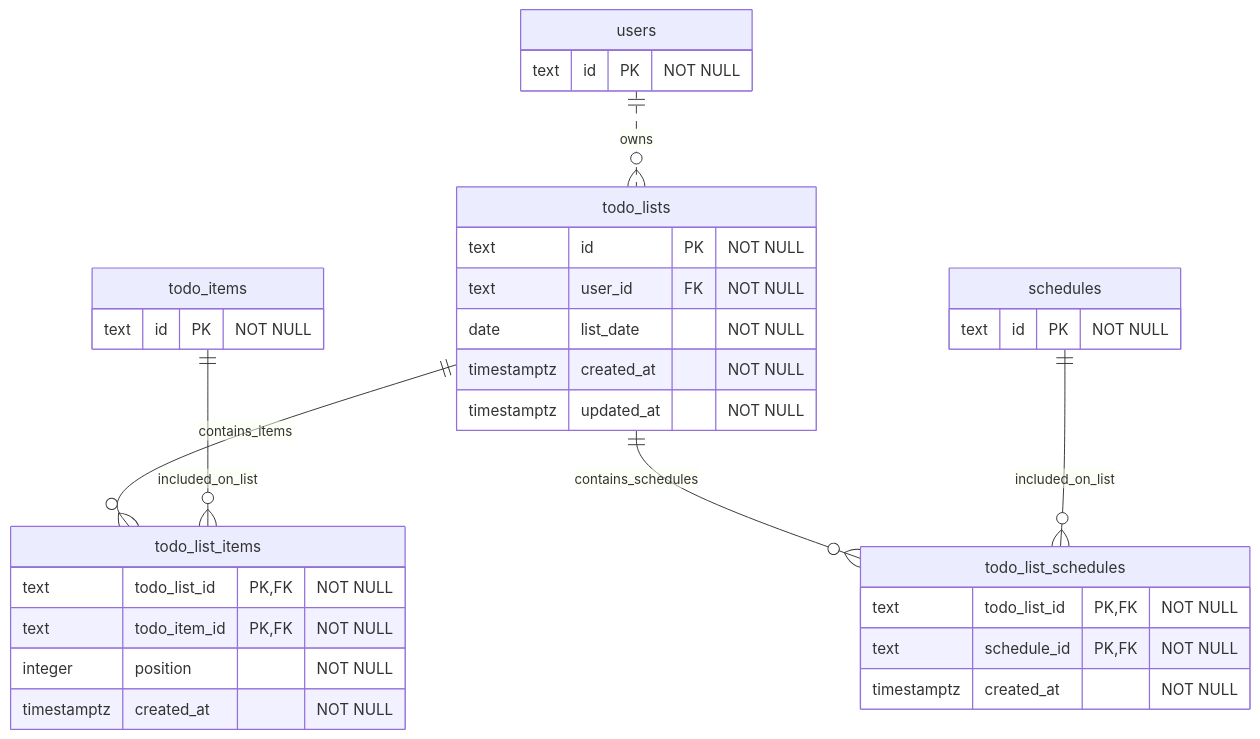
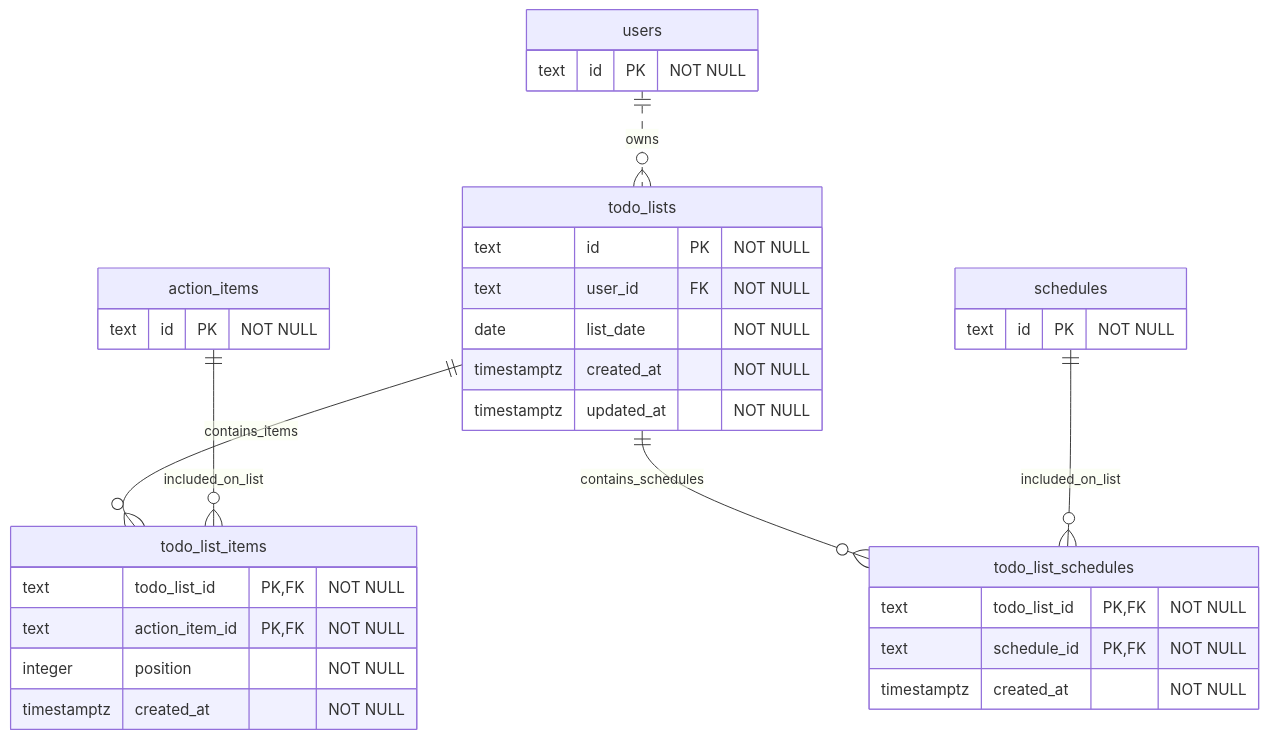
The diagram in backend/db/er/todolist.mmd (Najah7/task2todaytodo), drawn with Mermaid before and after one commit. The commit also changed 137 other files, not shown here.

Commit message:
♻️ todo_items -> action_items

```diff
--- a/backend/db/er/todolist.mmd
+++ b/backend/db/er/todolist.mmd
@@ -1,42 +1,42 @@
 erDiagram
-    %% users, todo_items, and schedules are defined in auth.mmd/task.mmd/schedule.mmd.
+    %% users, action_items, and schedules are defined in auth.mmd/task.mmd/schedule.mmd.
     %% Unique constraints: todo_lists(user_id, list_date), todo_list_items(todo_list_id, position).
 
     users {
         text id PK "NOT NULL"
     }
 
-    todo_items {
+    action_items {
         text id PK "NOT NULL"
     }
 
     schedules {
         text id PK "NOT NULL"
     }
 
     todo_lists {
         text id PK "NOT NULL"
         text user_id FK "NOT NULL"
         date list_date "NOT NULL"
         timestamptz created_at "NOT NULL"
         timestamptz updated_at "NOT NULL"
     }
 
     todo_list_items {
         text todo_list_id PK, FK "NOT NULL"
-        text todo_item_id PK, FK "NOT NULL"
+        text action_item_id PK, FK "NOT NULL"
         integer position "NOT NULL"
         timestamptz created_at "NOT NULL"
     }
 
     todo_list_schedules {
         text todo_list_id PK, FK "NOT NULL"
         text schedule_id PK, FK "NOT NULL"
         timestamptz created_at "NOT NULL"
     }
 
     users ||..o{ todo_lists : owns
     todo_lists ||--o{ todo_list_items : contains_items
-    todo_items ||--o{ todo_list_items : included_on_list
+    action_items ||--o{ todo_list_items : included_on_list
     todo_lists ||--o{ todo_list_schedules : contains_schedules
     schedules ||--o{ todo_list_schedules : included_on_list
```
